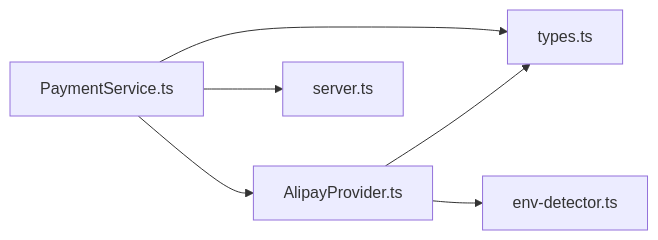
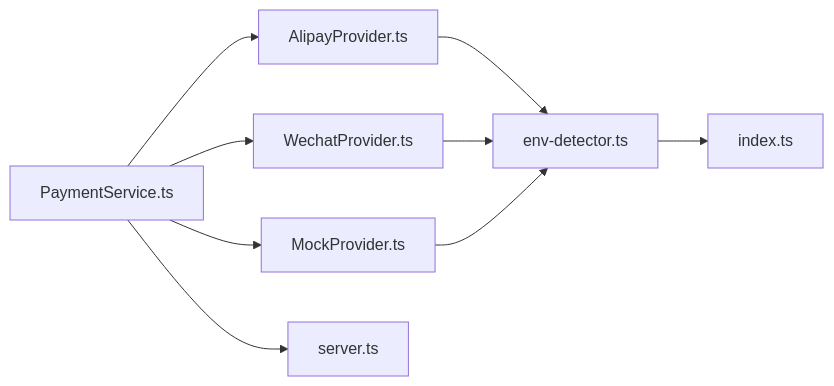
One commit to Hu-Right/supply-os changed the fifth of 6 diagrams in .qoder/repowiki/zh/content/支付系统集成/支付宝集成实现.md. Above: the diagram before and after it, drawn with Mermaid. The commit also changed other lines of this file and 39 other files, not shown here.

````diff
--- a/.qoder/repowiki/zh/content/支付系统集成/支付宝集成实现.md
+++ b/.qoder/repowiki/zh/content/支付系统集成/支付宝集成实现.md
@@ -205,8 +237,11 @@
 ```mermaid
 graph LR
 PS["PaymentService.ts"] --> AP["AlipayProvider.ts"]
-PS --> T["types.ts"]
-AP --> T
+PS --> WP["WechatProvider.ts"]
+PS --> MP["MockProvider.ts"]
 AP --> ED["env-detector.ts"]
+WP --> ED
+MP --> ED
+ED --> IDX["index.ts"]
 PS --> S["server.ts"]
 ```
````
